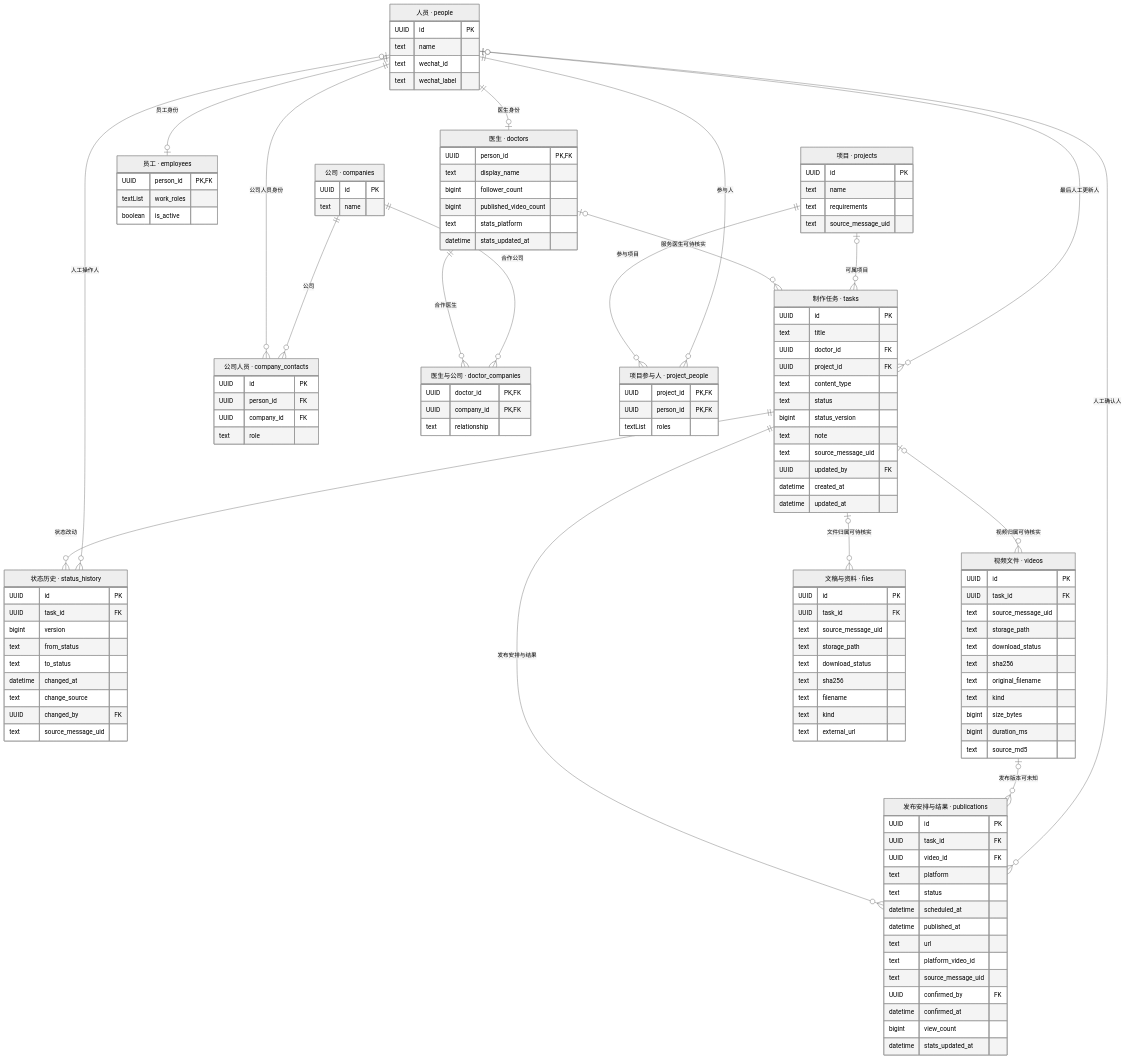
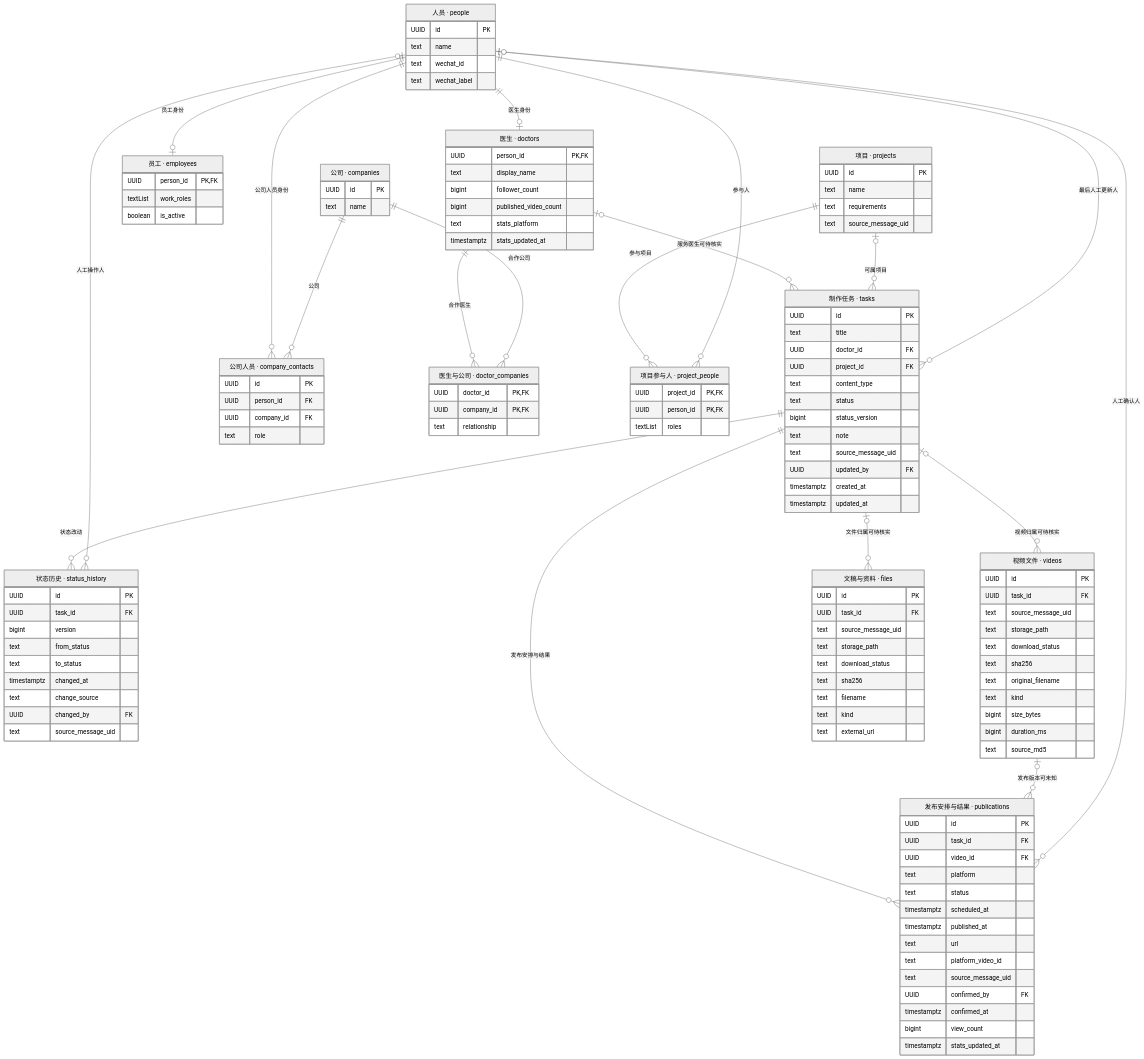
The diagram in task-model-20261017/maizi-task-database-20261017-v01-erd.mmd (xunzhengkepu/docs), drawn with Mermaid (neutral theme) before and after one commit. The commit also changed 8 other files, not shown here.

Commit message:
docs: select PostgreSQL for business schema

```diff
--- a/task-model-20261017/maizi-task-database-20261017-v01-erd.mmd
+++ b/task-model-20261017/maizi-task-database-20261017-v01-erd.mmd
@@ -1,129 +1,129 @@
 erDiagram
     tasks ||--o{ status_history : "状态改动"
     people o|--o{ status_history : "人工操作人"
     people ||--o| doctors : "医生身份"
     people ||--o| employees : "员工身份"
     people ||--o{ company_contacts : "公司人员身份"
     companies ||--o{ company_contacts : "公司"
     doctors ||--o{ doctor_companies : "合作医生"
     companies ||--o{ doctor_companies : "合作公司"
     projects ||--o{ project_people : "参与项目"
     people ||--o{ project_people : "参与人"
     doctors o|--o{ tasks : "服务医生可待核实"
     projects o|--o{ tasks : "可属项目"
     people o|--o{ tasks : "最后人工更新人"
     tasks o|--o{ videos : "视频归属可待核实"
     tasks o|--o{ files : "文件归属可待核实"
     tasks ||--o{ publications : "发布安排与结果"
     videos o|--o{ publications : "发布版本可未知"
     people o|--o{ publications : "人工确认人"
     people["人员 · people"] {
         UUID id PK
         text name
         text wechat_id
         text wechat_label
     }
     doctors["医生 · doctors"] {
         UUID person_id PK,FK
         text display_name
         bigint follower_count
         bigint published_video_count
         text stats_platform
-        datetime stats_updated_at
+        timestamptz stats_updated_at
     }
     employees["员工 · employees"] {
         UUID person_id PK,FK
         textList work_roles
         boolean is_active
     }
     company_contacts["公司人员 · company_contacts"] {
         UUID id PK
         UUID person_id FK
         UUID company_id FK
         text role
     }
     companies["公司 · companies"] {
         UUID id PK
         text name
     }
     doctor_companies["医生与公司 · doctor_companies"] {
         UUID doctor_id PK,FK
         UUID company_id PK,FK
         text relationship
     }
     projects["项目 · projects"] {
         UUID id PK
         text name
         text requirements
         text source_message_uid
     }
     project_people["项目参与人 · project_people"] {
         UUID project_id PK,FK
         UUID person_id PK,FK
         textList roles
     }
     tasks["制作任务 · tasks"] {
         UUID id PK
         text title
         UUID doctor_id FK
         UUID project_id FK
         text content_type
         text status
         bigint status_version
         text note
         text source_message_uid
         UUID updated_by FK
-        datetime created_at
-        datetime updated_at
+        timestamptz created_at
+        timestamptz updated_at
     }
     status_history["状态历史 · status_history"] {
         UUID id PK
         UUID task_id FK
         bigint version
         text from_status
         text to_status
-        datetime changed_at
+        timestamptz changed_at
         text change_source
         UUID changed_by FK
         text source_message_uid
     }
     videos["视频文件 · videos"] {
         UUID id PK
         UUID task_id FK
         text source_message_uid
         text storage_path
         text download_status
         text sha256
         text original_filename
         text kind
         bigint size_bytes
         bigint duration_ms
         text source_md5
     }
     files["文稿与资料 · files"] {
         UUID id PK
         UUID task_id FK
         text source_message_uid
         text storage_path
         text download_status
         text sha256
         text filename
         text kind
         text external_url
     }
     publications["发布安排与结果 · publications"] {
         UUID id PK
         UUID task_id FK
         UUID video_id FK
         text platform
         text status
-        datetime scheduled_at
-        datetime published_at
+        timestamptz scheduled_at
+        timestamptz published_at
         text url
         text platform_video_id
         text source_message_uid
         UUID confirmed_by FK
-        datetime confirmed_at
+        timestamptz confirmed_at
         bigint view_count
-        datetime stats_updated_at
+        timestamptz stats_updated_at
     }
```
